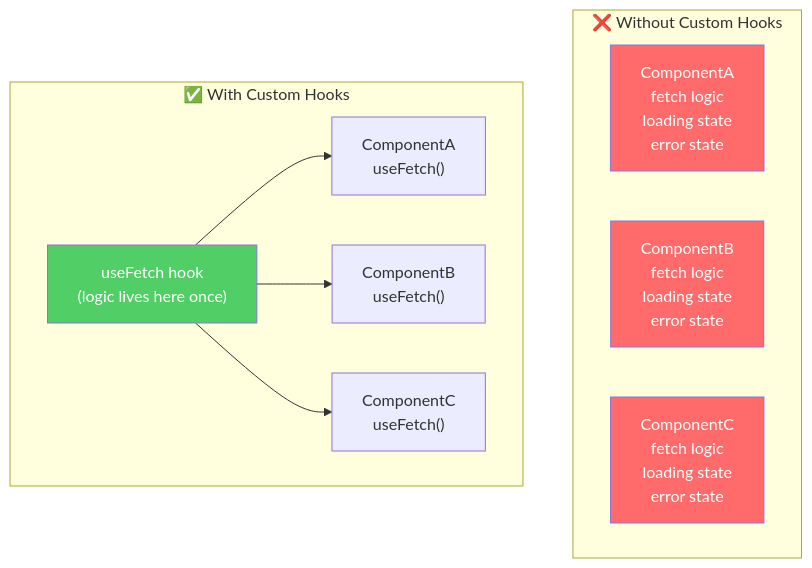
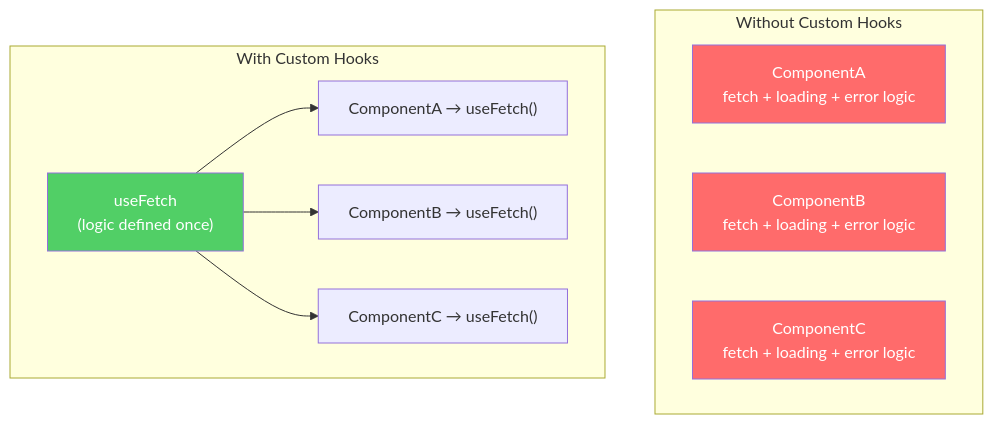
Before and after one commit to vaishali86c/React-revision-book: diagram 16 of 21 in REACT-HOOKS-DEEP-DIVE.md, drawn with Mermaid. The commit also changed other lines of this file, not shown here.

Commit message:
refactor: rewrite hooks deep dive in professional English with code optimization insights

````diff
--- a/REACT-HOOKS-DEEP-DIVE.md
+++ b/REACT-HOOKS-DEEP-DIVE.md
@@ -791,23 +794,23 @@
 ```mermaid
 graph TD
-    subgraph "❌ Without Custom Hooks"
-        A1["ComponentA\nfetch logic\nloading state\nerror state"]
-        A2["ComponentB\nfetch logic\nloading state\nerror state"]
-        A3["ComponentC\nfetch logic\nloading state\nerror state"]
+    subgraph "Without Custom Hooks"
+        A1["ComponentA\nfetch + loading + error logic"]
+        A2["ComponentB\nfetch + loading + error logic"]
+        A3["ComponentC\nfetch + loading + error logic"]
     end
 
-    subgraph "✅ With Custom Hooks"
-        B1["useFetch hook\n(logic lives here once)"]
-        B2["ComponentA\nuseFetch()"]
-        B3["ComponentB\nuseFetch()"]
-        B4["ComponentC\nuseFetch()"]
+    subgraph "With Custom Hooks"
+        B1["useFetch\n(logic defined once)"]
+        B2["ComponentA → useFetch()"]
+        B3["ComponentB → useFetch()"]
+        B4["ComponentC → useFetch()"]
         B1 --> B2
         B1 --> B3
         B1 --> B4
     end
 
     style A1 fill:#ff6b6b,color:#fff
     style A2 fill:#ff6b6b,color:#fff
     style A3 fill:#ff6b6b,color:#fff
     style B1 fill:#51cf66,color:#fff
 ```
````
